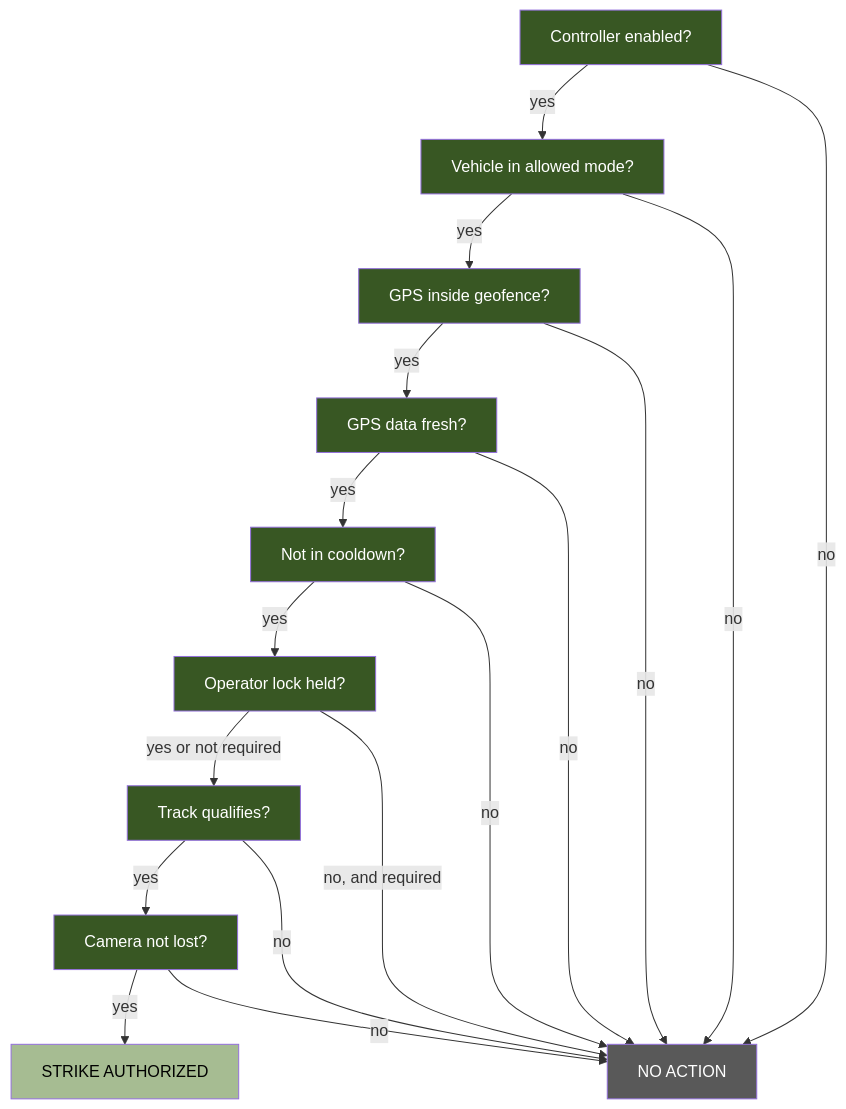
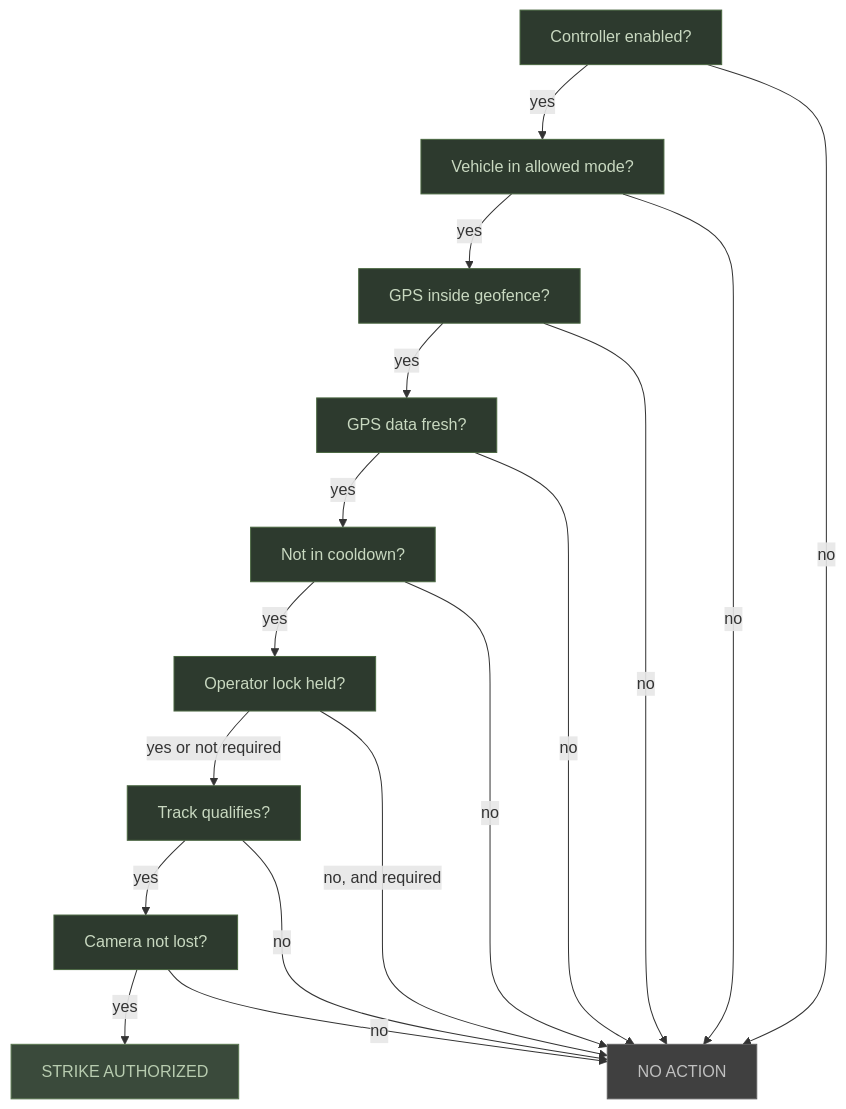
The diagram in docs/autonomous-operations.md (rmeadomavic/Hydra), drawn with Mermaid before and after one commit. The commit also changed 8 other files, not shown here.

First line of the commit message:
docs: polish pass — standardize Mermaid palette, tighten tone, add diagrams

````diff
--- a/docs/autonomous-operations.md
+++ b/docs/autonomous-operations.md
@@ -9,30 +9,30 @@
 ```mermaid
-graph TD
-    style A fill:#385723,color:#fff
-    style B fill:#385723,color:#fff
-    style C fill:#385723,color:#fff
-    style D fill:#385723,color:#fff
-    style E fill:#385723,color:#fff
-    style F fill:#385723,color:#fff
-    style G fill:#385723,color:#fff
-    style H fill:#385723,color:#fff
-    style PASS fill:#A6BC92,color:#000
-    style FAIL fill:#595959,color:#fff
+flowchart TD
+    style A fill:#2d3a2e,color:#c8d8c0,stroke:#4a6741
+    style B fill:#2d3a2e,color:#c8d8c0,stroke:#4a6741
+    style C fill:#2d3a2e,color:#c8d8c0,stroke:#4a6741
+    style D fill:#2d3a2e,color:#c8d8c0,stroke:#4a6741
+    style E fill:#2d3a2e,color:#c8d8c0,stroke:#4a6741
+    style F fill:#2d3a2e,color:#c8d8c0,stroke:#4a6741
+    style G fill:#2d3a2e,color:#c8d8c0,stroke:#4a6741
+    style H fill:#2d3a2e,color:#c8d8c0,stroke:#4a6741
+    style PASS fill:#3a4a3b,color:#b8ccb0,stroke:#5a7751
+    style FAIL fill:#404040,color:#c0c0c0,stroke:#606060
 
     A[Controller enabled?] -->|yes| B[Vehicle in allowed mode?]
     A -->|no| FAIL[NO ACTION]
     B -->|yes| C[GPS inside geofence?]
     B -->|no| FAIL
     C -->|yes| D[GPS data fresh?]
     C -->|no| FAIL
     D -->|yes| E[Not in cooldown?]
     D -->|no| FAIL
     E -->|yes| F[Operator lock held?]
     E -->|no| FAIL
     F -->|yes or not required| G[Track qualifies?]
     F -->|no, and required| FAIL
     G -->|yes| H[Camera not lost?]
     G -->|no| FAIL
     H -->|yes| PASS[STRIKE AUTHORIZED]
     H -->|no| FAIL
 ```
````
